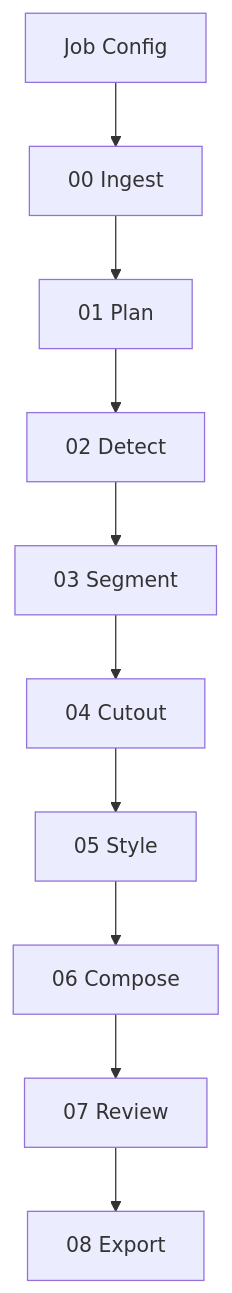
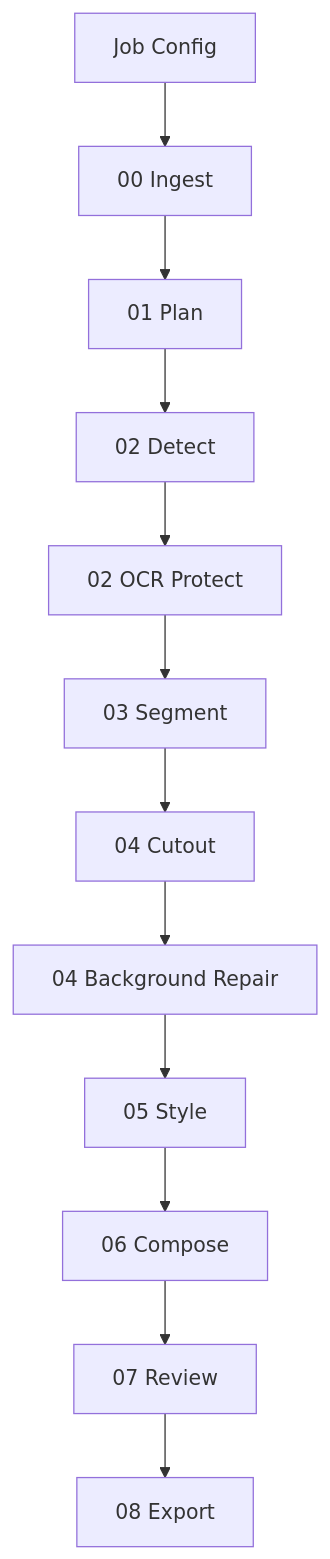
One commit to whtt/DesignUI changed the diagram in docs/WORKFLOW.md. Above: the diagram before and after it, drawn with Mermaid. The commit also changed other lines of this file and 21 other files, not shown here.

Commit message:
Add OCR protection and background repair placeholders

````diff
--- a/docs/WORKFLOW.md
+++ b/docs/WORKFLOW.md
@@ -5,12 +5,14 @@
 ```mermaid
 flowchart TD
   A["Job Config"] --> B["00 Ingest"]
   B --> C["01 Plan"]
   C --> D["02 Detect"]
-  D --> E["03 Segment"]
-  E --> F["04 Cutout"]
-  F --> G["05 Style"]
-  G --> H["06 Compose"]
-  H --> I["07 Review"]
-  I --> J["08 Export"]
+  D --> E["02 OCR Protect"]
+  E --> F["03 Segment"]
+  F --> G["04 Cutout"]
+  G --> H["04 Background Repair"]
+  H --> I["05 Style"]
+  I --> J["06 Compose"]
+  J --> K["07 Review"]
+  K --> L["08 Export"]
 ```
````
